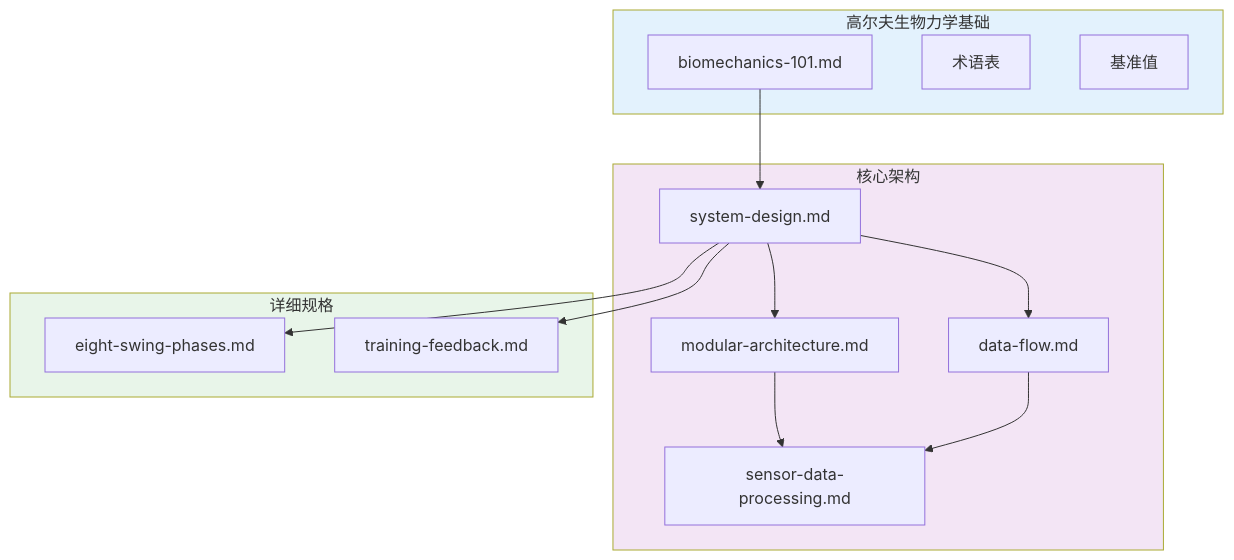
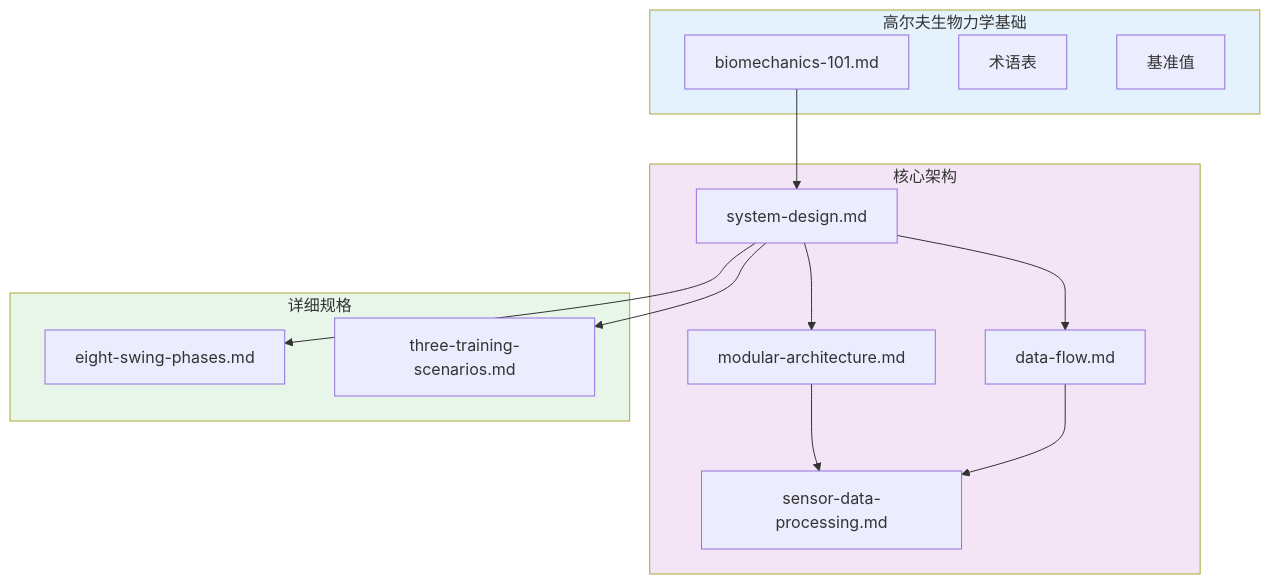
The diagram in docs/zh/design/index.md (movement-chain-ai/movement-chain-docs), drawn with Mermaid before and after one commit. The commit also changed other lines of this file and 13 other files, not shown here.

````diff
--- a/docs/zh/design/index.md
+++ b/docs/zh/design/index.md
@@ -72,32 +72,32 @@
 ```mermaid
 graph TD
     subgraph foundations["高尔夫生物力学基础"]
         F1[biomechanics-101.md]
         F2[术语表]
         F3[基准值]
     end
 
     subgraph architecture["核心架构"]
         A1[system-design.md]
         A2[modular-architecture.md]
         A3[data-flow.md]
         A4[sensor-data-processing.md]
     end
 
     subgraph specs["详细规格"]
         S1[eight-swing-phases.md]
-        S2[training-feedback.md]
+        S2[three-training-scenarios.md]
     end
 
     F1 --> A1
     A1 --> A2
     A1 --> A3
     A2 --> A4
     A3 --> A4
     A1 --> S1
     A1 --> S2
 
     style foundations fill:#e3f2fd
     style architecture fill:#f3e5f5
     style specs fill:#e8f5e9
 ```
````
